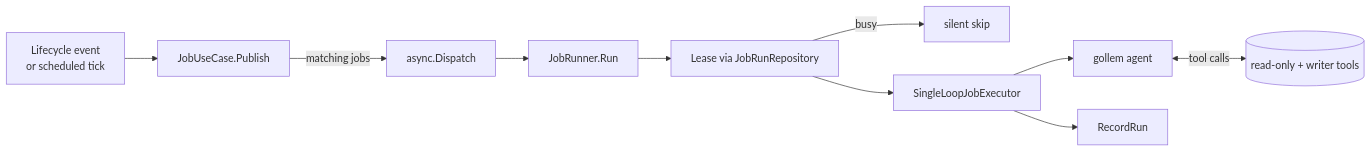
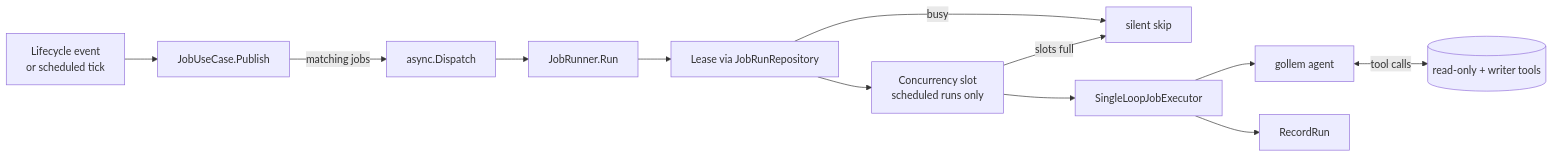
The diagram in docs/operations.md (secmon-lab/hecatoncheires), drawn with Mermaid before and after one commit. The commit also changed other lines of this file and 24 other files, not shown here.

First line of the commit message:
feat: cap concurrent scheduled Job runs with execution slots (#243)

````diff
--- a/docs/operations.md
+++ b/docs/operations.md
@@ -101,12 +101,14 @@
 ```mermaid
 flowchart LR
   EV[Lifecycle event\nor scheduled tick] --> PUB[JobUseCase.Publish]
   PUB -->|matching jobs| DISP[async.Dispatch]
   DISP --> RUN[JobRunner.Run]
   RUN --> LEASE[Lease via JobRunRepository]
   LEASE -->|busy| SKIP[silent skip]
-  LEASE --> EXEC[SingleLoopJobExecutor]
+  LEASE --> SLOT[Concurrency slot\nscheduled runs only]
+  SLOT -->|slots full| SKIP
+  SLOT --> EXEC[SingleLoopJobExecutor]
   EXEC --> LLM[gollem agent]
   LLM <-->|tool calls| TOOLS[(read-only + writer tools)]
   EXEC --> REC[RecordRun]
 ```
````
